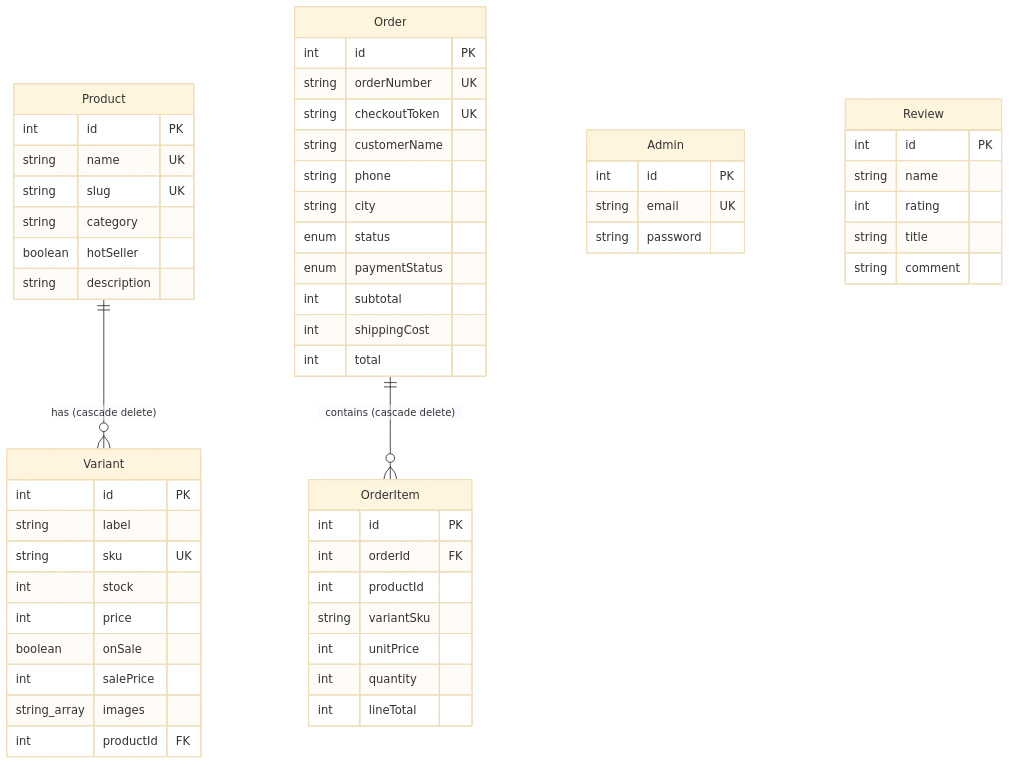
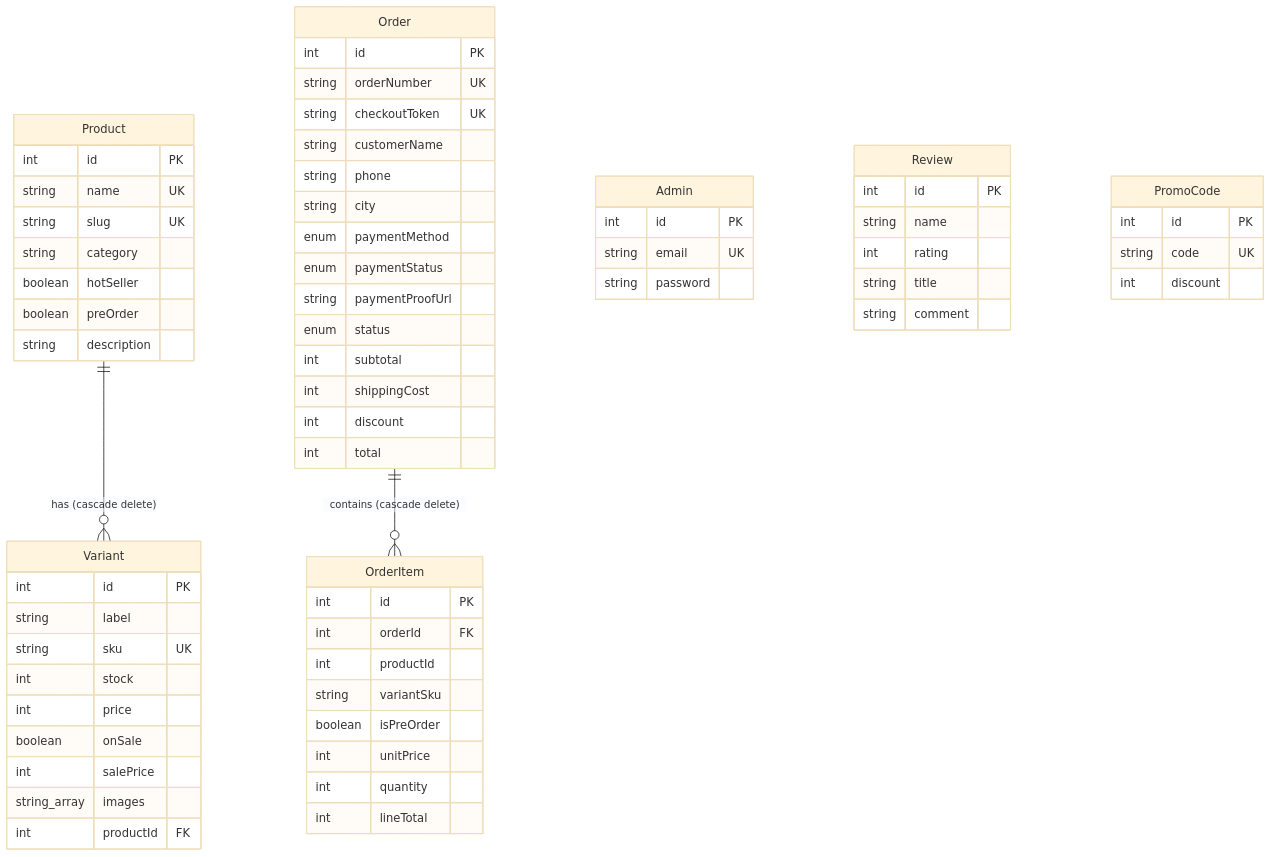
One commit to mussadiqkhan6886/lifestyle changed the second of 2 diagrams in README.md. Above: the diagram before and after it, drawn with Mermaid (base theme). The commit also changed other lines of this file, not shown here.

````diff
--- a/README.md
+++ b/README.md
@@ -444,59 +465,69 @@
 ```mermaid
 erDiagram
     Product ||--o{ Variant : "has (cascade delete)"
     Order ||--o{ OrderItem : "contains (cascade delete)"
 
     Admin {
         int id PK
         string email UK
         string password
     }
     Product {
         int id PK
         string name UK
         string slug UK
         string category
         boolean hotSeller
+        boolean preOrder
         string description
     }
     Variant {
         int id PK
         string label
         string sku UK
         int stock
         int price
         boolean onSale
         int salePrice
         string_array images
         int productId FK
     }
     Review {
         int id PK
         string name
         int rating
         string title
         string comment
     }
+    PromoCode {
+        int id PK
+        string code UK
+        int discount
+    }
     Order {
         int id PK
         string orderNumber UK
         string checkoutToken UK
         string customerName
         string phone
         string city
+        enum paymentMethod
+        enum paymentStatus
+        string paymentProofUrl
         enum status
-        enum paymentStatus
         int subtotal
         int shippingCost
+        int discount
         int total
     }
     OrderItem {
         int id PK
         int orderId FK
         int productId
         string variantSku
+        boolean isPreOrder
         int unitPrice
         int quantity
         int lineTotal
     }
 ```
````
